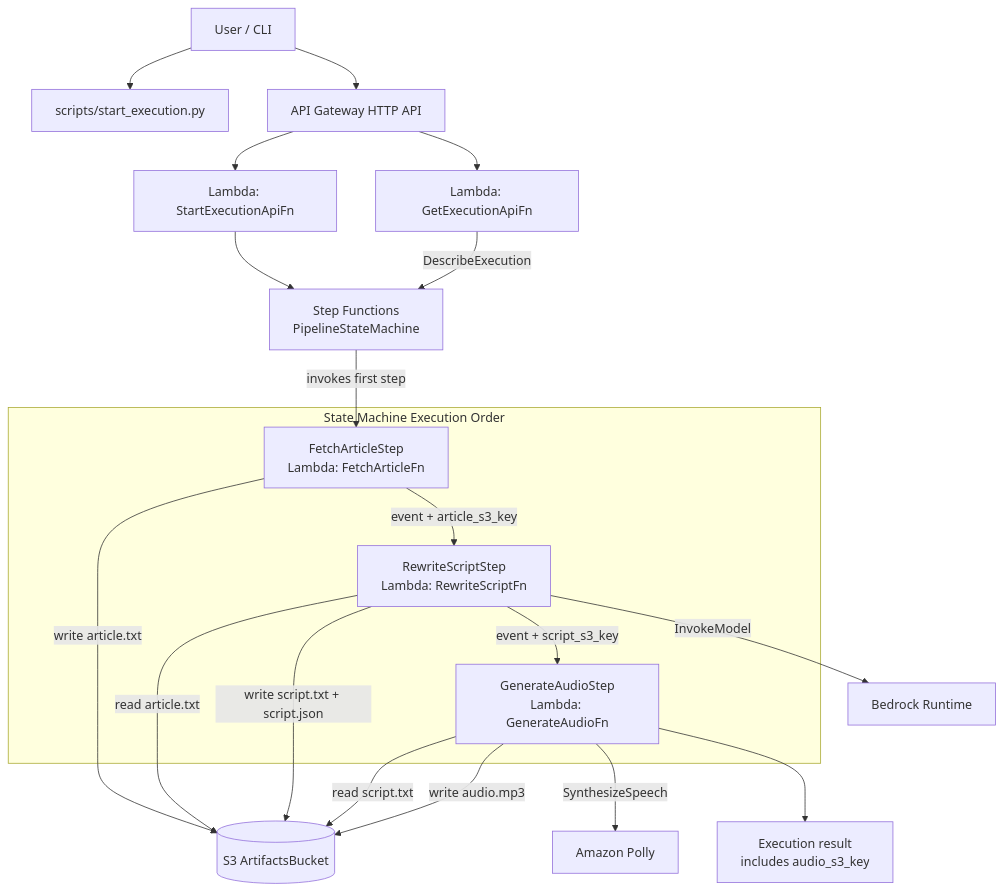
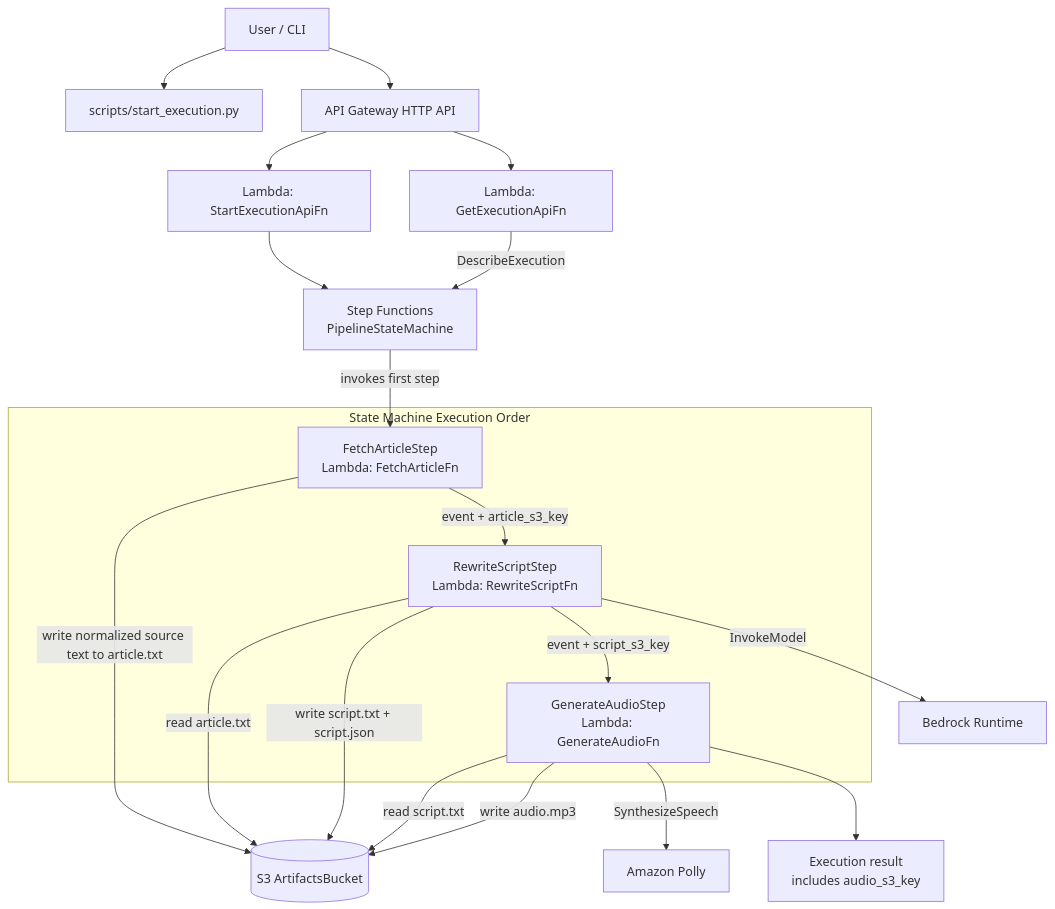
Before and after one commit to HusamMTU/PodcastAnything: the diagram in infra/INFRA.md, drawn with Mermaid. The commit also changed other lines of this file and 14 other files, not shown here.

````diff
--- a/infra/INFRA.md
+++ b/infra/INFRA.md
@@ -63,29 +64,29 @@
 ```mermaid
 flowchart TD
   U[User / CLI] --> SE[scripts/start_execution.py]
   U --> API[API Gateway HTTP API]
   API --> SAE[Lambda: StartExecutionApiFn]
   API --> GES[Lambda: GetExecutionApiFn]
   SAE --> SFN[Step Functions\nPipelineStateMachine]
   GES -->|DescribeExecution| SFN
 
   subgraph PIPE[State Machine Execution Order]
     F[FetchArticleStep\nLambda: FetchArticleFn]
     R[RewriteScriptStep\nLambda: RewriteScriptFn]
     G[GenerateAudioStep\nLambda: GenerateAudioFn]
     F -->|event + article_s3_key| R
     R -->|event + script_s3_key| G
   end
 
   SFN -->|invokes first step| F
   G --> DONE[Execution result\nincludes audio_s3_key]
 
-  F -->|write article.txt| S3[(S3 ArtifactsBucket)]
+  F -->|write normalized source text to article.txt| S3[(S3 ArtifactsBucket)]
   R -->|read article.txt| S3
   R -->|write script.txt + script.json| S3
   G -->|read script.txt| S3
   G -->|write audio.mp3| S3
 
   R -->|InvokeModel| BR[Bedrock Runtime]
   G -->|SynthesizeSpeech| P[Amazon Polly]
 ```
````
